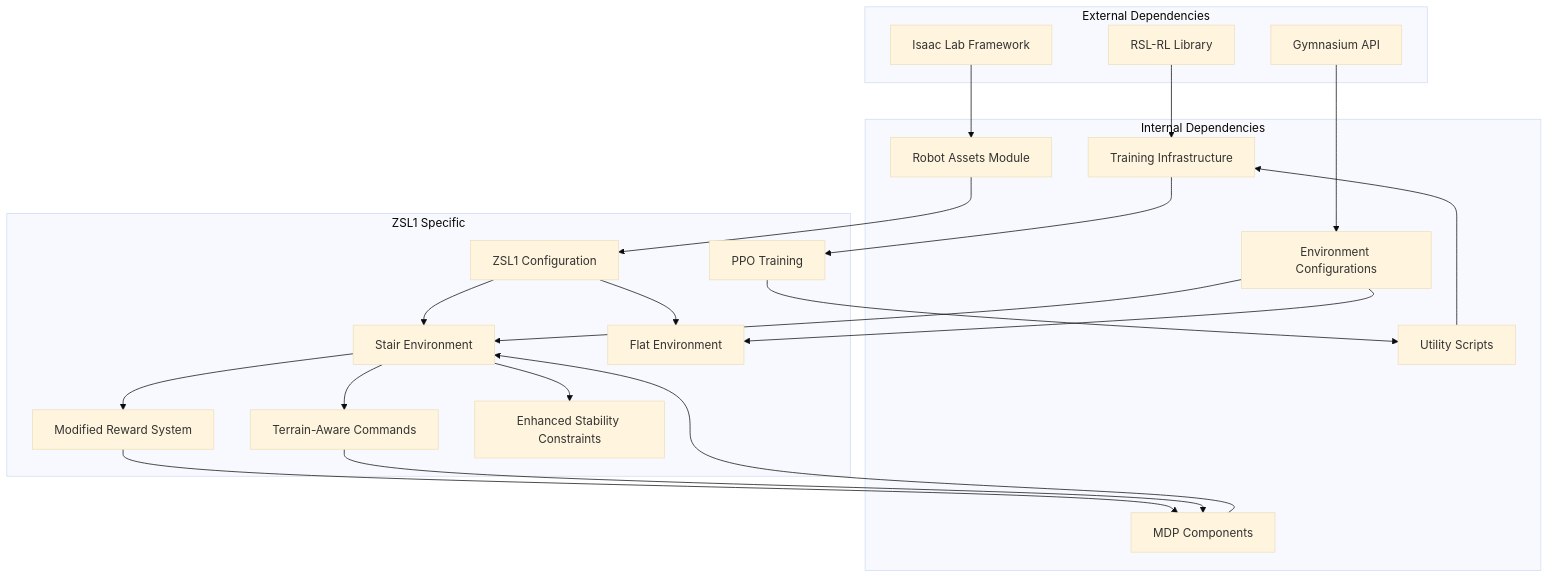
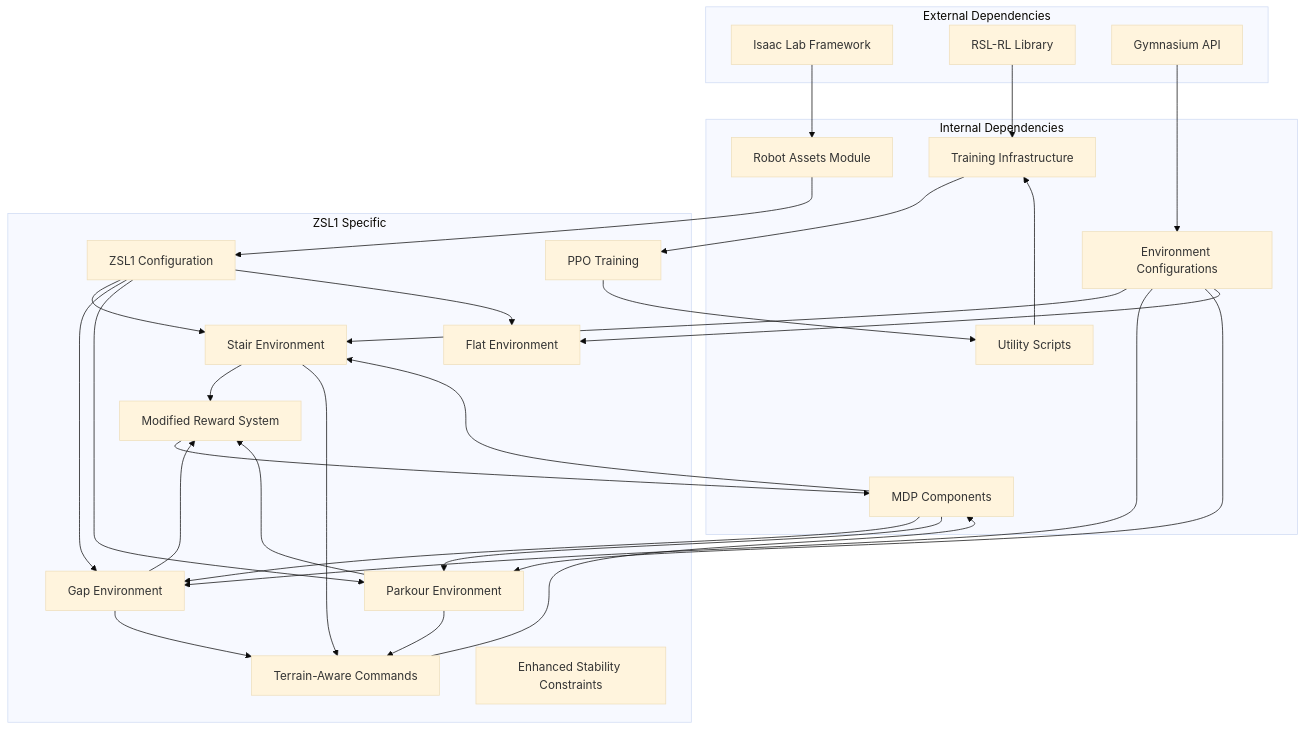
Before and after one commit to jayjayhust/robot_lab: the tenth of 10 diagrams in .qoder/repowiki/en/content/ZSIBOT ZSL1 Stair Climbing Configuration.md, drawn with Mermaid (base theme). The commit also changed other lines of this file and 9 other files, not shown here.

````diff
--- a/.qoder/repowiki/en/content/ZSIBOT ZSL1 Stair Climbing Configuration.md
+++ b/.qoder/repowiki/en/content/ZSIBOT ZSL1 Stair Climbing Configuration.md
@@ -449,41 +531,52 @@
 ```mermaid
 graph TB
 subgraph "External Dependencies"
 ISAACLAB["Isaac Lab Framework"]
 RSL_RL["RSL-RL Library"]
 GYMNASIUM["Gymnasium API"]
 end
 subgraph "Internal Dependencies"
 ASSETS["Robot Assets Module"]
 ENV_CONFIG["Environment Configurations"]
 TRAINING["Training Infrastructure"]
 SCRIPTS["Utility Scripts"]
 MDP["MDP Components"]
 end
 subgraph "ZSL1 Specific"
 ZSL1_CFG["ZSL1 Configuration"]
 STAIR_CFG["Stair Environment"]
+GAP_CFG["Gap Environment"]
+PARKOUR_CFG["Parkour Environment"]
 FLAT_CFG["Flat Environment"]
 PPO_CFG["PPO Training"]
 MODIFIED_REWARDS["Modified Reward System"]
 TERRAIN_COMMANDS["Terrain-Aware Commands"]
 END_STABILITY["Enhanced Stability Constraints"]
 end
 ISAACLAB --> ASSETS
 RSL_RL --> TRAINING
 GYMNASIUM --> ENV_CONFIG
 ASSETS --> ZSL1_CFG
 ENV_CONFIG --> STAIR_CFG
+ENV_CONFIG --> GAP_CFG
+ENV_CONFIG --> PARKOUR_CFG
 ENV_CONFIG --> FLAT_CFG
 TRAINING --> PPO_CFG
 SCRIPTS --> TRAINING
 ZSL1_CFG --> STAIR_CFG
+ZSL1_CFG --> GAP_CFG
+ZSL1_CFG --> PARKOUR_CFG
 ZSL1_CFG --> FLAT_CFG
 PPO_CFG --> SCRIPTS
 STAIR_CFG --> MODIFIED_REWARDS
+GAP_CFG --> MODIFIED_REWARDS
+PARKOUR_CFG --> MODIFIED_REWARDS
 STAIR_CFG --> TERRAIN_COMMANDS
-STAIR_CFG --> END_STABILITY
+GAP_CFG --> TERRAIN_COMMANDS
+PARKOUR_CFG --> TERRAIN_COMMANDS
 MODIFIED_REWARDS --> MDP
 TERRAIN_COMMANDS --> MDP
 MDP --> STAIR_CFG
+MDP --> GAP_CFG
+MDP --> PARKOUR_CFG
 ```
````
